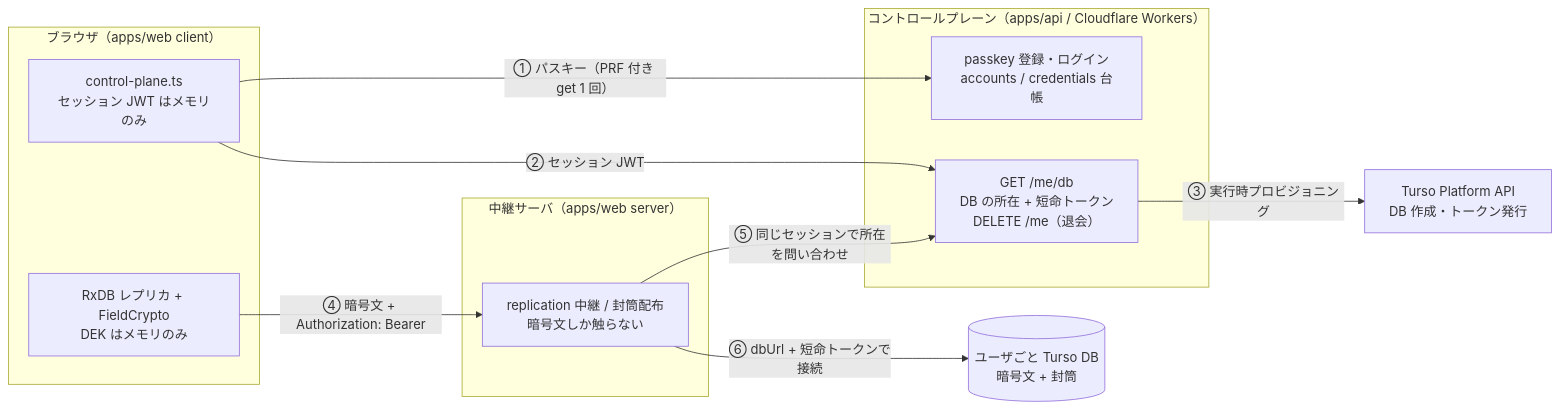
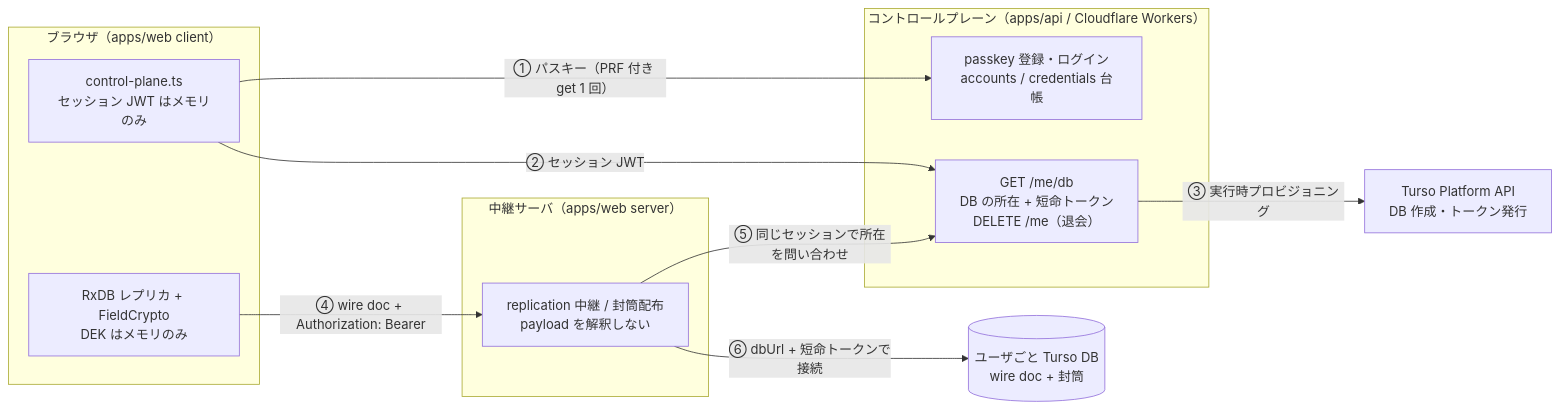
One commit to oda251/zakki changed the diagram in docs/MULTIUSER.md. Above: the diagram before and after it, drawn with Mermaid. The commit also changed other lines of this file and 12 other files, not shown here.

````diff
--- a/docs/MULTIUSER.md
+++ b/docs/MULTIUSER.md
@@ -9,26 +9,26 @@
 ```mermaid
 flowchart LR
   subgraph browser["ブラウザ（apps/web client）"]
     UI["RxDB レプリカ + FieldCrypto<br/>DEK はメモリのみ"]
     CP["control-plane.ts<br/>セッション JWT はメモリのみ"]
   end
 
   subgraph api["コントロールプレーン（apps/api / Cloudflare Workers）"]
     AUTH["passkey 登録・ログイン<br/>accounts / credentials 台帳"]
     ME["GET /me/db<br/>DB の所在 + 短命トークン<br/>DELETE /me（退会）"]
   end
 
   subgraph web["中継サーバ（apps/web server）"]
-    REL["replication 中継 / 封筒配布<br/>暗号文しか触らない"]
+    REL["replication 中継 / 封筒配布<br/>payload を解釈しない"]
   end
 
-  UDB[("ユーザごと Turso DB<br/>暗号文 + 封筒")]
+  UDB[("ユーザごと Turso DB<br/>wire doc + 封筒")]
   TURSO["Turso Platform API<br/>DB 作成・トークン発行"]
 
   CP -- "① パスキー（PRF 付き get 1 回）" --> AUTH
   CP -- "② セッション JWT" --> ME
   ME -- "③ 実行時プロビジョニング" --> TURSO
-  UI -- "④ 暗号文 + Authorization: Bearer" --> REL
+  UI -- "④ wire doc + Authorization: Bearer" --> REL
   REL -- "⑤ 同じセッションで所在を問い合わせ" --> ME
   REL -- "⑥ dbUrl + 短命トークンで接続" --> UDB
 ```
````
